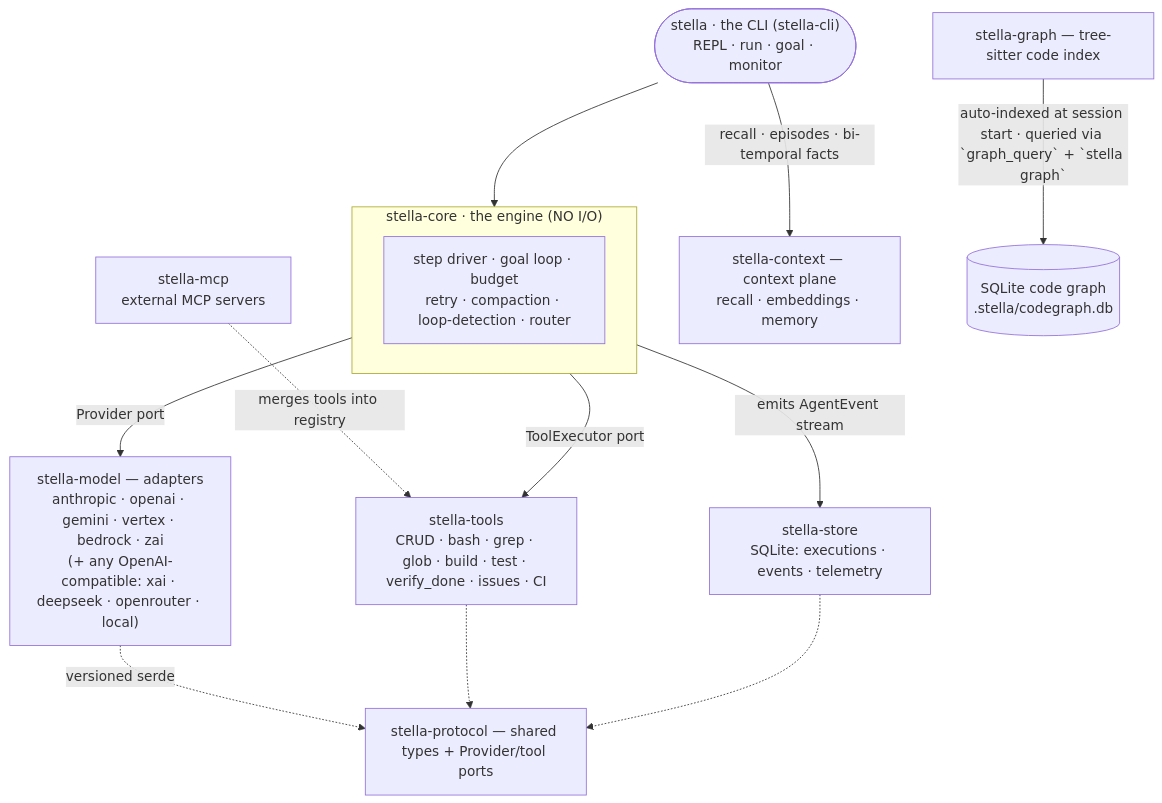
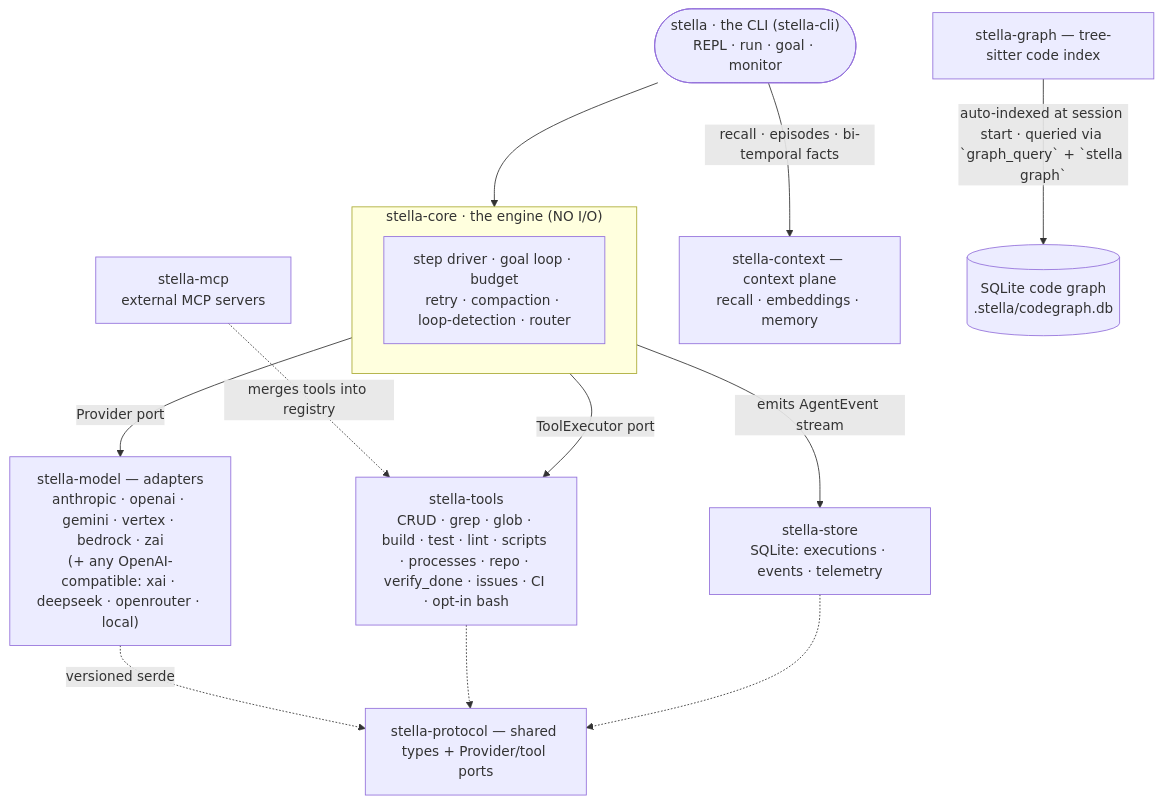
The diagram in README.md (oxageninc/stella), drawn with Mermaid before and after one commit. The commit also changed other lines of this file and 20 other files, not shown here.

````diff
--- a/README.md
+++ b/README.md
@@ -434,16 +444,16 @@
 ```mermaid
 flowchart TD
     U(["stella · the CLI (stella-cli)<br/>REPL · run · goal · monitor"]) --> CORE
     subgraph CORE["stella-core · the engine (NO I/O)"]
       ENG["step driver · goal loop · budget<br/>retry · compaction · loop-detection · router"]
     end
     CORE -->|Provider port| MODEL["stella-model — adapters<br/>anthropic · openai · gemini · vertex · bedrock · zai<br/>(+ any OpenAI-compatible: xai · deepseek · openrouter · local)"]
-    CORE -->|ToolExecutor port| TOOLS["stella-tools<br/>CRUD · bash · grep · glob · build · test · verify_done · issues · CI"]
+    CORE -->|ToolExecutor port| TOOLS["stella-tools<br/>CRUD · grep · glob · build · test · lint · scripts · processes · repo · verify_done · issues · CI · opt-in bash"]
     MCP["stella-mcp<br/>external MCP servers"] -.->|merges tools into registry| TOOLS
     CORE -->|emits AgentEvent stream| STORE["stella-store<br/>SQLite: executions · events · telemetry"]
     U -->|"recall · episodes · bi-temporal facts"| CTX["stella-context — context plane<br/>recall · embeddings · memory"]
     GRAPH["stella-graph — tree-sitter code index"] -->|"auto-indexed at session start · queried via `graph_query` + `stella graph`"| DB[("SQLite code graph<br/>.stella/codegraph.db")]
     MODEL -.->|versioned serde| PROTO["stella-protocol — shared types + Provider/tool ports"]
     TOOLS -.-> PROTO
     STORE -.-> PROTO
 ```
````
